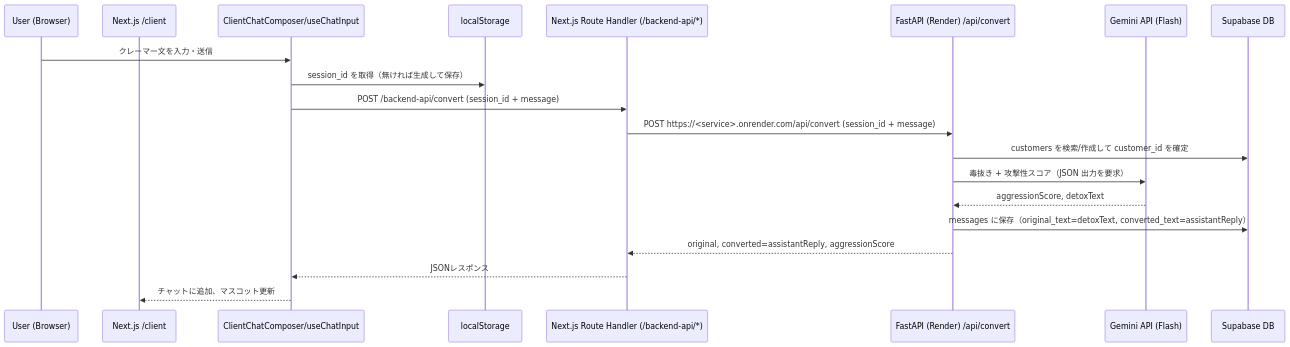
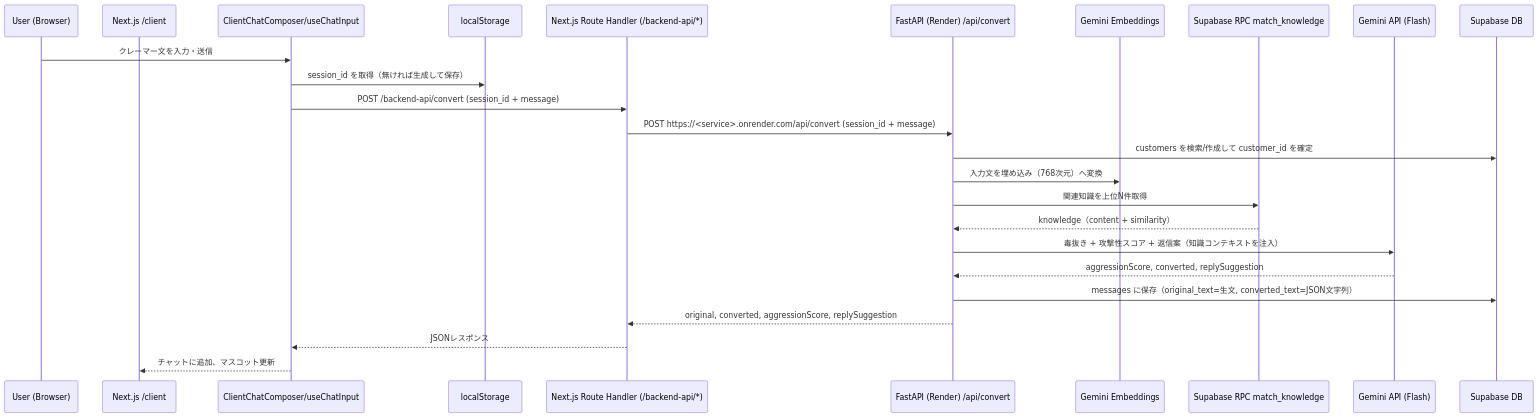
The second of 5 diagrams in _docs/実装状況.md (Uzy03/Hackathon_2026-3-7), drawn with Mermaid before and after one commit. The commit also changed other lines of this file and 4 other files, not shown here.

````diff
--- a/_docs/実装状況.md
+++ b/_docs/実装状況.md
@@ -24,23 +25,28 @@
 ```mermaid
 sequenceDiagram
   participant User as User (Browser)
   participant Page as Next.js /client
   participant Chat as ClientChatComposer/useChatInput
   participant Storage as localStorage
   participant Next as Next.js Route Handler (/backend-api/*)
   participant API as FastAPI (Render) /api/convert
+  participant Emb as Gemini Embeddings
+  participant RPC as Supabase RPC match_knowledge
   participant Gemini as Gemini API (Flash)
   participant DB as Supabase DB
 
   User->>Chat: クレーマー文を入力・送信
   Chat->>Storage: session_id を取得（無ければ生成して保存）
   Chat->>Next: POST /backend-api/convert (session_id + message)
   Next->>API: POST https://<service>.onrender.com/api/convert (session_id + message)
   API->>DB: customers を検索/作成して customer_id を確定
-  API->>Gemini: 毒抜き + 攻撃性スコア（JSON 出力を要求）
-  Gemini-->>API: aggressionScore, detoxText
-  API->>DB: messages に保存（original_text=detoxText, converted_text=assistantReply）
-  API-->>Next: original, converted=assistantReply, aggressionScore
+  API->>Emb: 入力文を埋め込み（768次元）へ変換
+  API->>RPC: 関連知識を上位N件取得
+  RPC-->>API: knowledge（content + similarity）
+  API->>Gemini: 毒抜き + 攻撃性スコア + 返信案（知識コンテキストを注入）
+  Gemini-->>API: aggressionScore, converted, replySuggestion
+  API->>DB: messages に保存（original_text=生文, converted_text=JSON文字列）
+  API-->>Next: original, converted, aggressionScore, replySuggestion
   Next-->>Chat: JSONレスポンス
   Chat-->>Page: チャットに追加、マスコット更新
 ```
````
